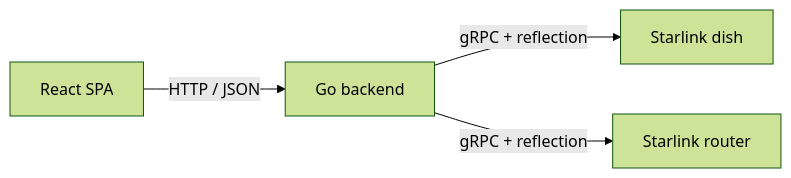
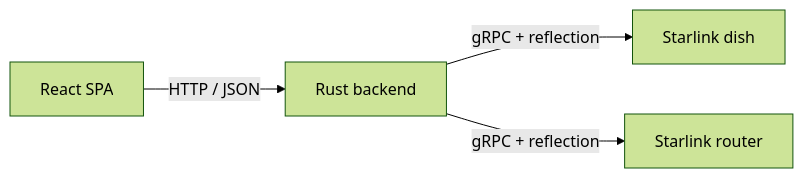
The diagram in README.md (nasnet-community/nasnet-monitor), drawn with Mermaid (forest theme) before and after one commit. The commit also changed other lines of this file and 51 other files, not shown here.

First line of the commit message:
feat(be)!: replace Go backend with Rust port

````diff
--- a/README.md
+++ b/README.md
@@ -67,11 +67,11 @@
 ```mermaid
 flowchart LR
     client["React SPA"]
-    server["Go backend"]
+    server["Rust backend"]
     dish["Starlink dish"]
     router["Starlink router"]
 
     client -- "HTTP / JSON" --> server
     server -- "gRPC + reflection" --> dish
     server -- "gRPC + reflection" --> router
 ```
````
